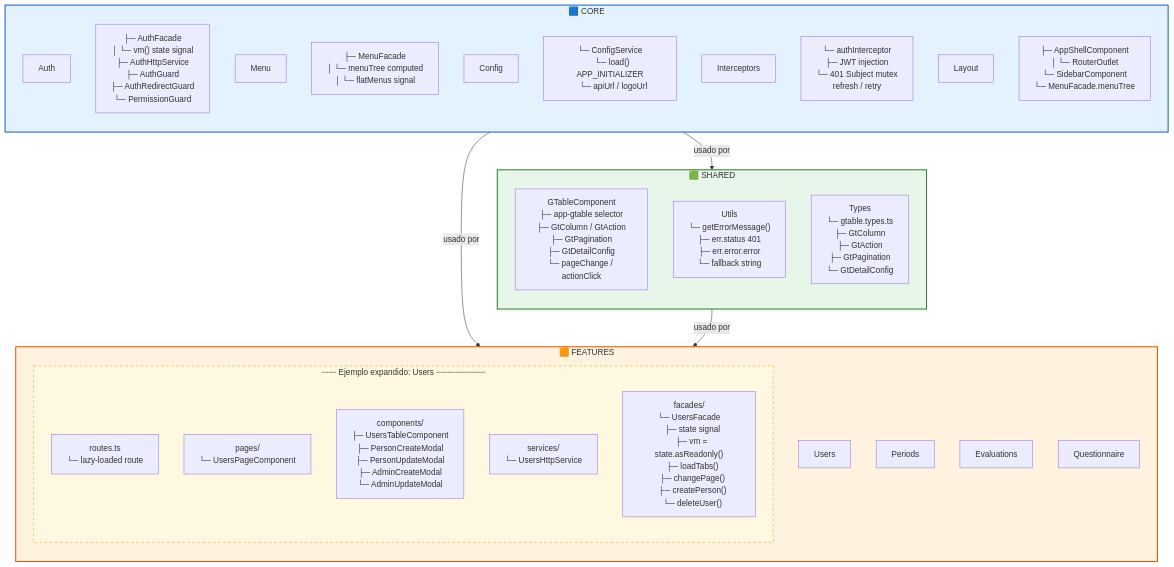
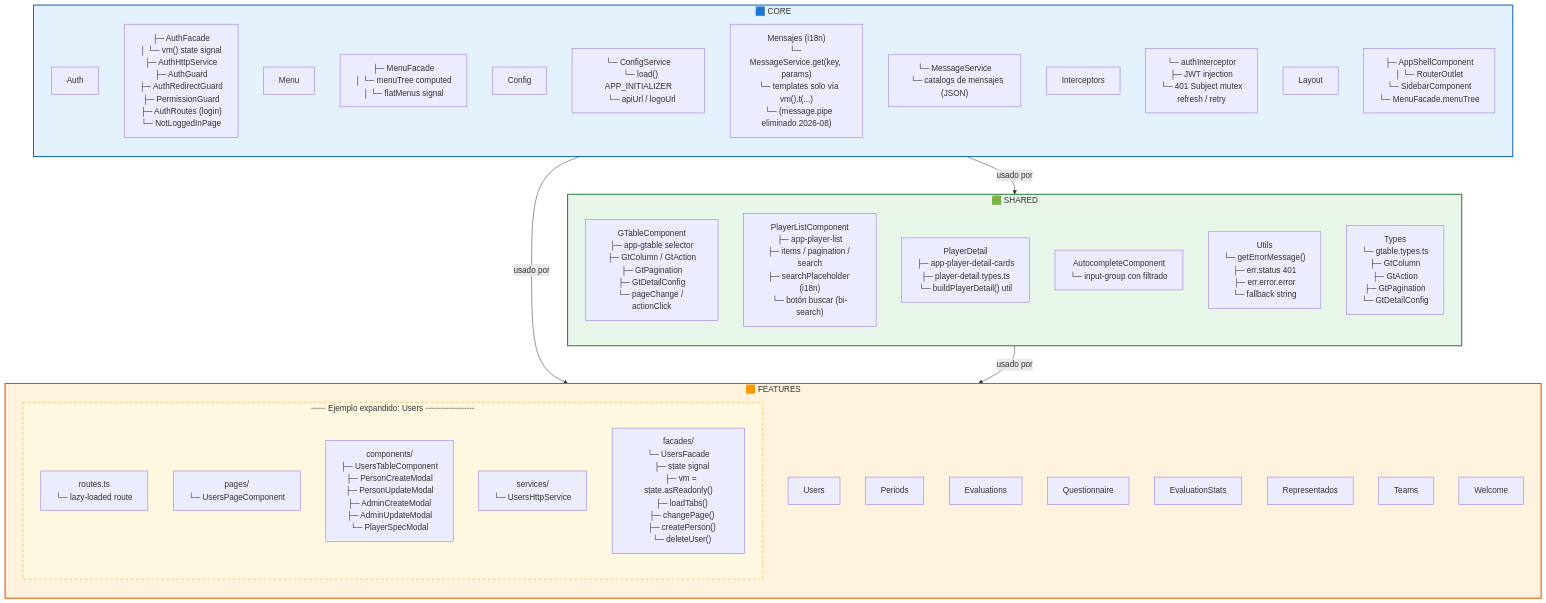
One commit to AoRyuGetsu/Fenix changed the diagram in esquemas/frontend/02-capas.md. Above: the diagram before and after it, drawn with Mermaid. The commit also changed 178 other files, not shown here.

Commit message:
Añadir la vista de historial, el acceso a análisis basado en roles y el menú «Mis datos» -- feat: self-service 'Mis Representados' para REP + métricas de regresión detalladas

````diff
--- a/esquemas/frontend/02-capas.md
+++ b/esquemas/frontend/02-capas.md
@@ -5,49 +5,59 @@
 ```mermaid
 flowchart TB
     subgraph Core ["🟦 CORE"]
         direction TB
         Auth["Auth"]
-        AuthSub["├─ AuthFacade\n│  └─ vm() state signal\n├─ AuthHttpService\n├─ AuthGuard\n├─ AuthRedirectGuard\n└─ PermissionGuard"]
+        AuthSub["├─ AuthFacade\n│  └─ vm() state signal\n├─ AuthHttpService\n├─ AuthGuard\n├─ AuthRedirectGuard\n├─ PermissionGuard\n├─ AuthRoutes (login)\n└─ NotLoggedInPage"]
         Menu["Menu"]
         MenuSub["├─ MenuFacade\n│  └─ menuTree computed\n│  └─ flatMenus signal"]
         Config["Config"]
         ConfigSub["└─ ConfigService\n   └─ load() APP_INITIALIZER\n   └─ apiUrl / logoUrl"]
+        Messages["Messages"]
+        MessagesSub["└─ MessageService\n   └─ catalogs de mensajes (JSON)"]
         Interceptors["Interceptors"]
         InterceptorsSub["└─ authInterceptor\n   ├─ JWT injection\n   └─ 401 Subject mutex\n      refresh / retry"]
         Layout["Layout"]
         LayoutSub["├─ AppShellComponent\n│  └─ RouterOutlet\n└─ SidebarComponent\n   └─ MenuFacade.menuTree"]
     end
 
     subgraph Shared ["🟩 SHARED"]
         direction TB
         GTable["GTableComponent\n├─ app-gtable selector\n├─ GtColumn / GtAction\n├─ GtPagination\n├─ GtDetailConfig\n└─ pageChange / actionClick"]
+        PlayerList["PlayerListComponent\n├─ app-player-list\n├─ items / pagination / search\n├─ searchPlaceholder (i18n)\n└─ botón buscar (bi-search)"]
+        PlayerDetail["PlayerDetail\n├─ app-player-detail-cards\n├─ player-detail.types.ts\n└─ buildPlayerDetail() util"]
+        Autocomplete["AutocompleteComponent\n└─ input-group con filtrado"]
+        Messages["Mensajes (i18n)\n└─ MessageService.get(key, params)\n   └─ templates solo vía vm().t(...)\n   └─ (message.pipe eliminado 2026-08)"]
         Utils["Utils\n└─ getErrorMessage()\n   ├─ err.status 401\n   ├─ err.error.error\n   └─ fallback string"]
         Types["Types\n└─ gtable.types.ts\n   ├─ GtColumn<T>\n   ├─ GtAction<T>\n   ├─ GtPagination\n   └─ GtDetailConfig"]
     end
 
     subgraph Features ["🟧 FEATURES"]
         direction TB
         Users["Users"]
         Periods["Periods"]
         Evaluations["Evaluations"]
         Questionnaire["Questionnaire"]
+        EvaluationStats["EvaluationStats"]
+        Representados["Representados"]
+        Teams["Teams"]
+        Welcome["Welcome"]
 
         subgraph UsersExpanded ["┄┄┄ Ejemplo expandido: Users ┄┄┄┄┄┄┄┄┄┄"]
             direction TB
             URoutes["routes.ts\n└─ lazy-loaded route"]
             UPages["pages/\n└─ UsersPageComponent"]
-            UComponents["components/\n├─ UsersTableComponent\n├─ PersonCreateModal\n├─ PersonUpdateModal\n├─ AdminCreateModal\n└─ AdminUpdateModal"]
+            UComponents["components/\n├─ UsersTableComponent\n├─ PersonCreateModal\n├─ PersonUpdateModal\n├─ AdminCreateModal\n├─ AdminUpdateModal\n└─ PlayerSpecModal"]
             UServices["services/\n└─ UsersHttpService"]
             UFacades["facades/\n└─ UsersFacade\n   ├─ state signal<UsersState>\n   ├─ vm = state.asReadonly()\n   ├─ loadTabs()\n   ├─ changePage()\n   ├─ createPerson()\n   └─ deleteUser()"]
         end
     end
 
     Core -->|"usado por"| Features
     Shared -->|"usado por"| Features
     Core -->|"usado por"| Shared
 
     style Core fill:#e3f2fd,stroke:#1565c0,stroke-width:2px
     style Shared fill:#e8f5e9,stroke:#2e7d32,stroke-width:2px
     style Features fill:#fff3e0,stroke:#e65100,stroke-width:2px
     style UsersExpanded fill:#fff8e1,stroke:#ff8f00,stroke-width:1px,stroke-dasharray: 5 5
 ```
````
